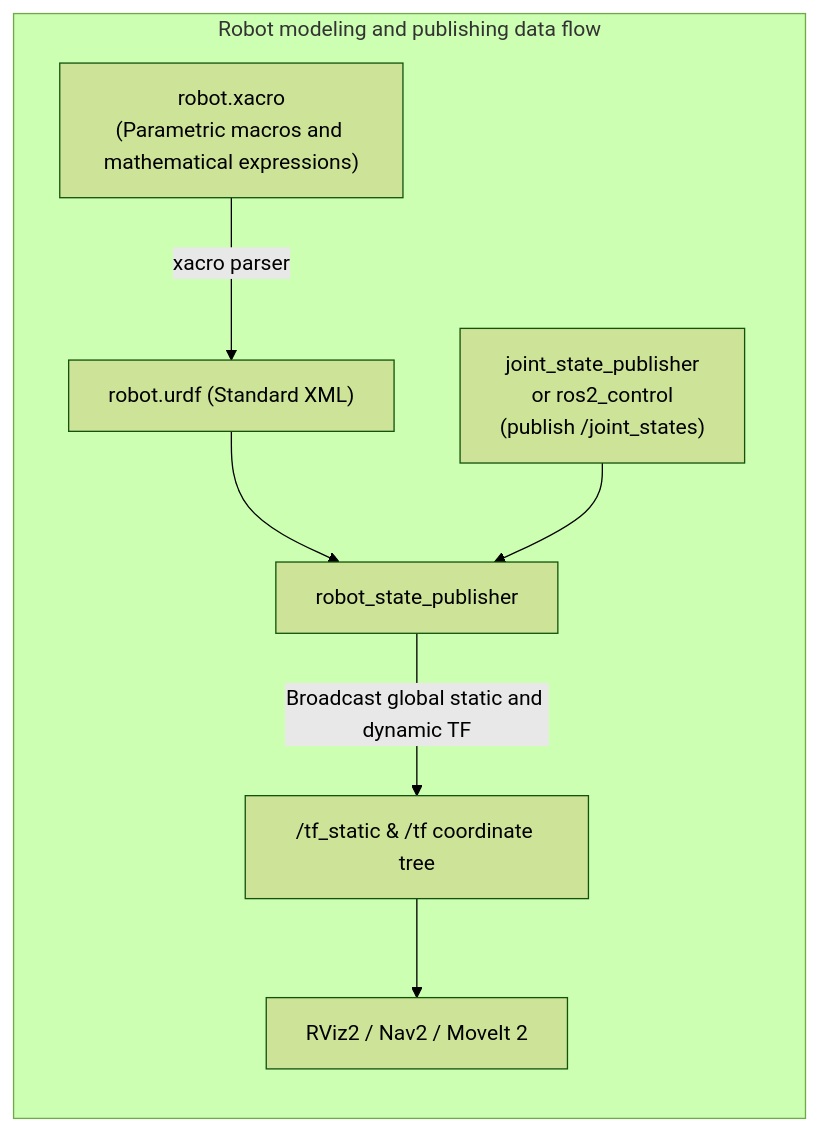
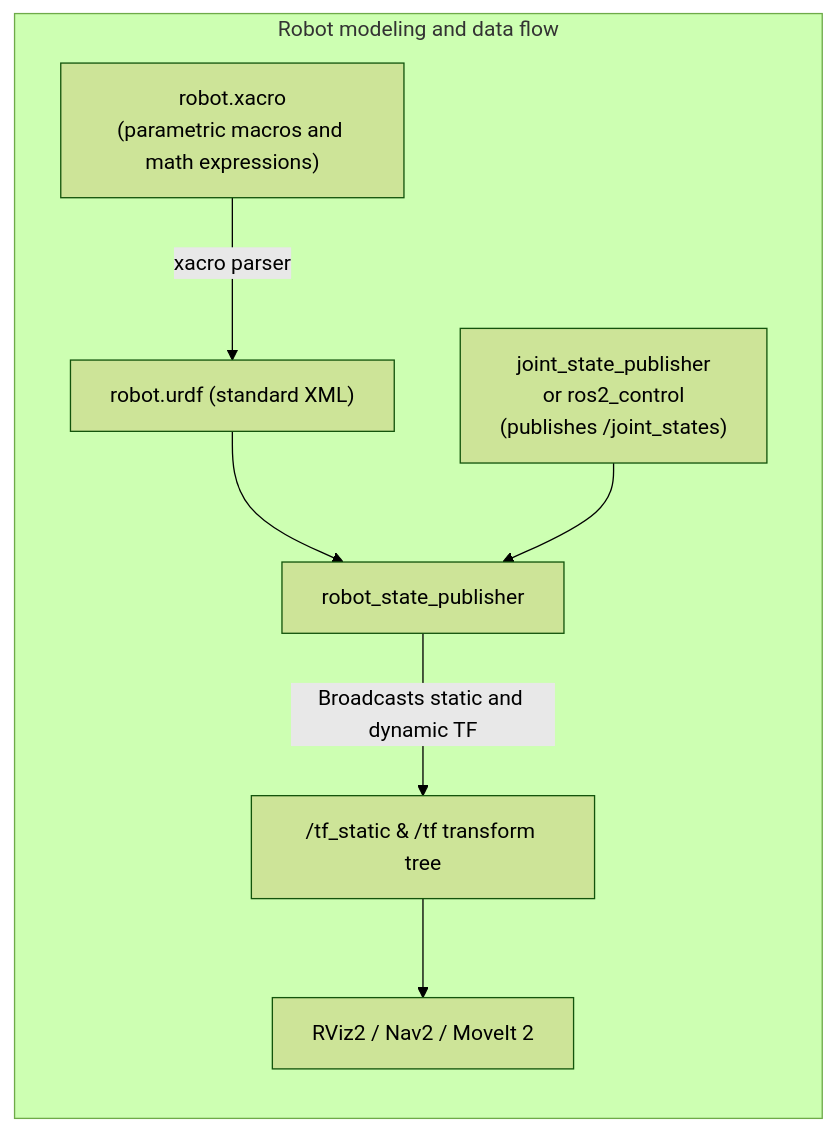
One commit to TingdeLiu/tingdeliu.github.io changed diagram 15 of 21 in _translations/en/research/ROS2-Survey.md. Above: the diagram before and after it, drawn with Mermaid (forest theme). The commit also changed other lines of this file and 51 other files, not shown here.

````diff
--- a/_translations/en/research/ROS2-Survey.md
+++ b/_translations/en/research/ROS2-Survey.md
@@ -846,10 +846,10 @@
 ```mermaid
 flowchart LR
-    subgraph Modeling["Robot modeling and publishing data flow"]
-        XACRO["robot.xacro<br/>(Parametric macros and mathematical expressions)"] -->|"xacro parser"| URDF["robot.urdf (Standard XML)"]
+    subgraph Modeling["Robot modeling and data flow"]
+        XACRO["robot.xacro<br/>(parametric macros and math expressions)"] -->|"xacro parser"| URDF["robot.urdf (standard XML)"]
         URDF --> RSP["robot_state_publisher"]
-        JSP["joint_state_publisher<br/>or ros2_control<br/>(publish /joint_states)"] --> RSP
-        RSP -->|"Broadcast global static and dynamic TF"| TF_Tree["/tf_static & /tf coordinate tree"]
+        JSP["joint_state_publisher<br/>or ros2_control<br/>(publishes /joint_states)"] --> RSP
+        RSP -->|"Broadcasts static and dynamic TF"| TF_Tree["/tf_static & /tf transform tree"]
         TF_Tree --> RViz["RViz2 / Nav2 / MoveIt 2"]
     end
 ```
````
